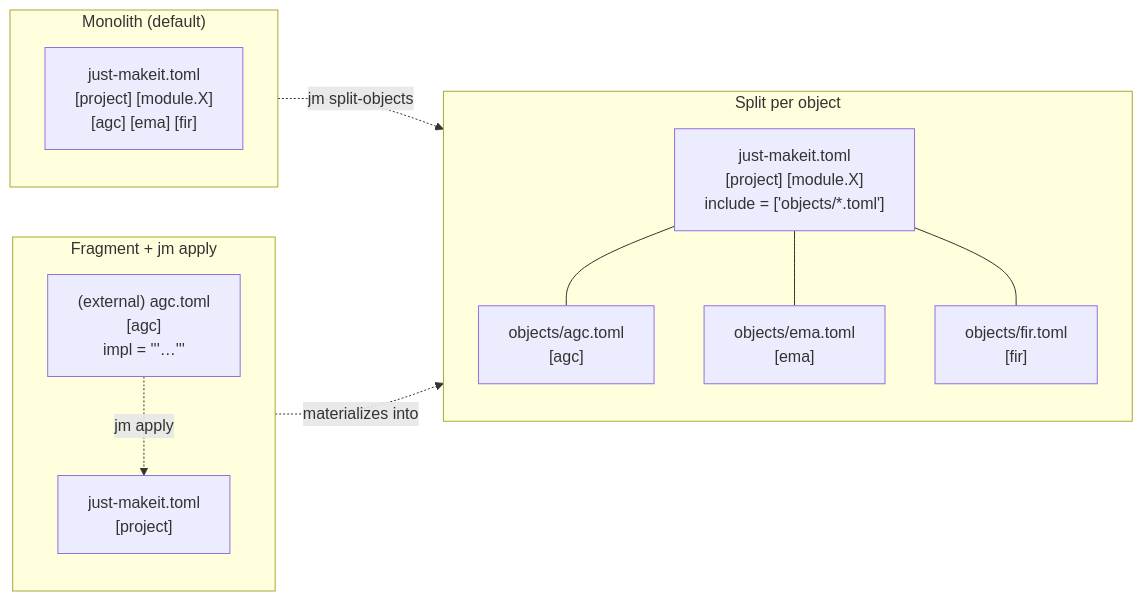
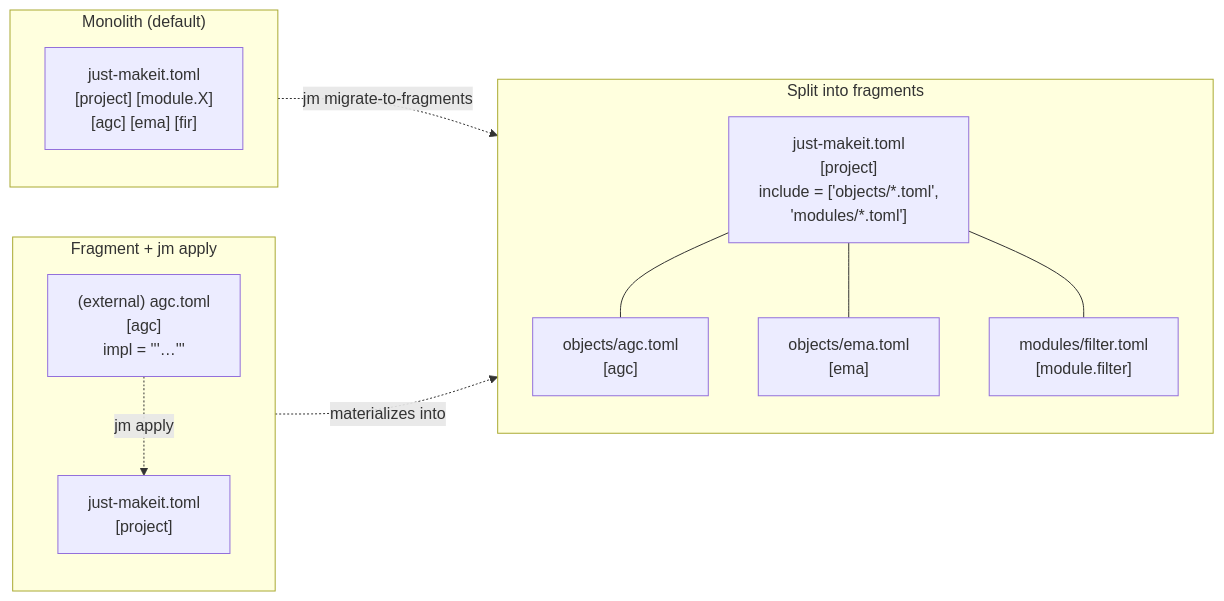
Before and after one commit to just-buildit/just-makeit: the first of 3 diagrams in docs/declarative-scaffolding.md, drawn with Mermaid. The commit also changed other lines of this file and 4 other files, not shown here.

First line of the commit message:
docs: cover jm ci, migrate-to-fragments, jm new --fragments

````diff
--- a/docs/declarative-scaffolding.md
+++ b/docs/declarative-scaffolding.md
@@ -41,20 +41,20 @@
 ```mermaid
 flowchart LR
     subgraph A["Monolith (default)"]
       A1["just-makeit.toml<br/>[project] [module.X]<br/>[agc] [ema] [fir]"]
     end
-    subgraph B["Split per object"]
-      B1["just-makeit.toml<br/>[project] [module.X]<br/>include = ['objects/*.toml']"]
+    subgraph B["Split into fragments"]
+      B1["just-makeit.toml<br/>[project]<br/>include = ['objects/*.toml',<br/>'modules/*.toml']"]
       B2["objects/agc.toml<br/>[agc]"]
       B3["objects/ema.toml<br/>[ema]"]
-      B4["objects/fir.toml<br/>[fir]"]
+      B4["modules/filter.toml<br/>[module.filter]"]
       B1 --- B2 & B3 & B4
     end
     subgraph C["Fragment + jm apply"]
       C1["just-makeit.toml<br/>[project]"]
       C2["(external) agc.toml<br/>[agc]<br/>impl = '''…'''"]
       C2 -.->|jm apply| C1
     end
-    A -.->|jm split-objects| B
+    A -.->|jm migrate-to-fragments| B
     C -.->|materializes into| B
 ```
````
